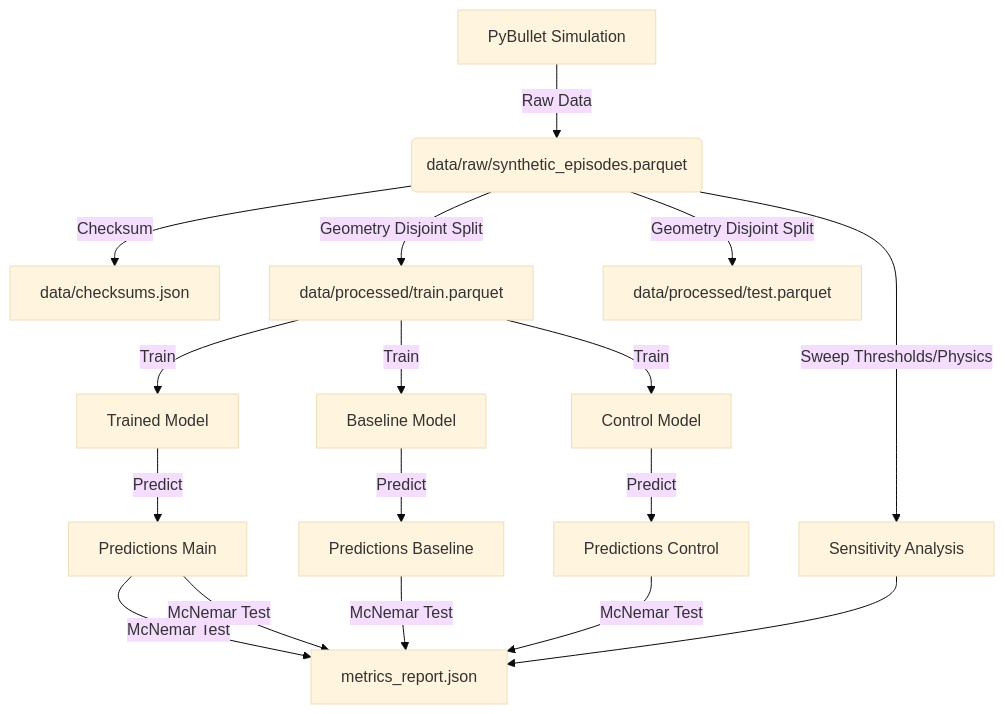
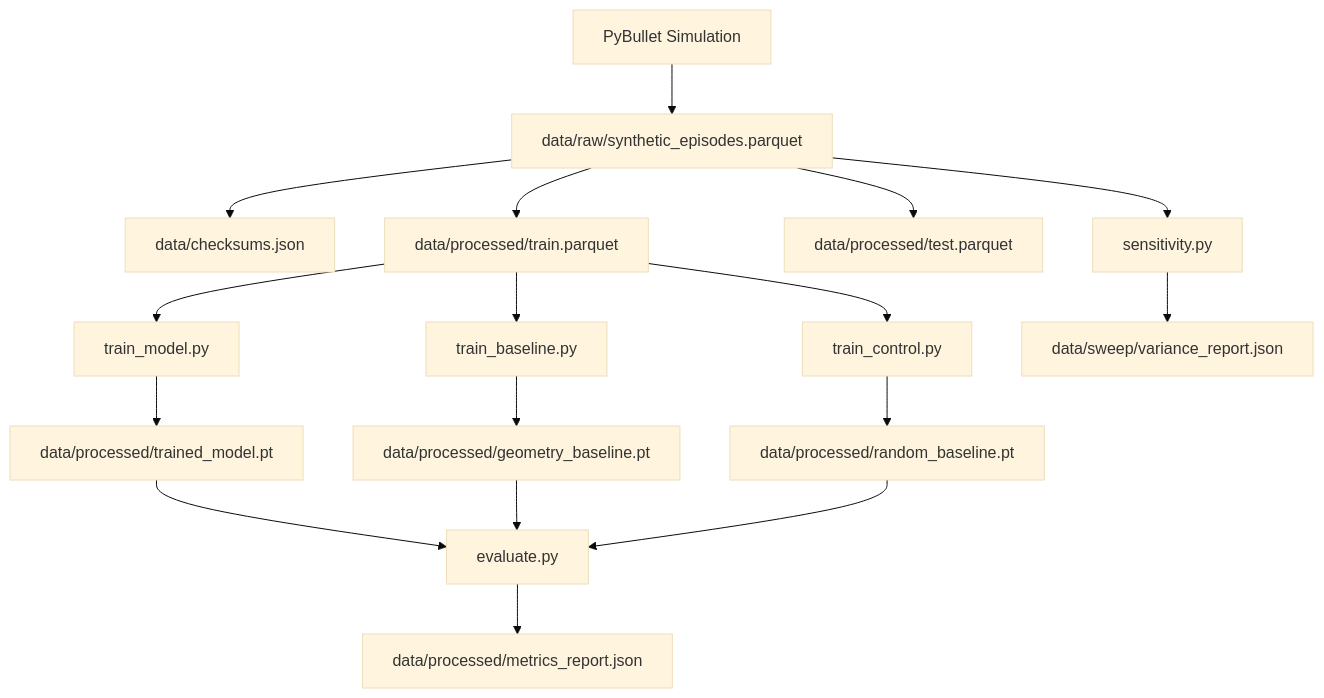
The diagram in projects/PROJ-855-llmxive-follow-up-extending-translation/specs/001-llmxive-follow-up-extending-translation/data-model.md (ContextLab/llmXive), drawn with Mermaid (base theme) before and after one commit. The commit also changed other lines of this file and 19 other files, not shown here.

````diff
--- a/projects/PROJ-855-llmxive-follow-up-extending-translation/specs/001-llmxive-follow-up-extending-translation/data-model.md
+++ b/projects/PROJ-855-llmxive-follow-up-extending-translation/specs/001-llmxive-follow-up-extending-translation/data-model.md
@@ -83,17 +54,12 @@
 ```mermaid
 graph TD
-    A[PyBullet Simulation] -->|Raw Data| B(data/raw/synthetic_episodes.parquet)
-    B -->|Checksum| C[data/checksums.json]
-    B -->|Geometry Disjoint Split| D[data/processed/train.parquet]
-    B -->|Geometry Disjoint Split| E[data/processed/test.parquet]
-    D -->|Train| F[Trained Model]
-    D -->|Train| G[Baseline Model]
-    D -->|Train| H[Control Model]
-    F -->|Predict| I[Predictions Main]
-    G -->|Predict| J[Predictions Baseline]
-    H -->|Predict| K[Predictions Control]
-    I & J -->|McNemar Test| L[metrics_report.json]
-    I & K -->|McNemar Test| L
-    B -->|Sweep Thresholds/Physics| M[Sensitivity Analysis]
-    M --> L
+    A[PyBullet Simulation] --> B[data/raw/synthetic_episodes.parquet]
+    B --> C[data/checksums.json]
+    B --> D[data/processed/train.parquet]
+    B --> E[data/processed/test.parquet]
+    D --> F[train_model.py] --> G[data/processed/trained_model.pt]
+    D --> H[train_baseline.py] --> I[data/processed/geometry_baseline.pt]
+    D --> J[train_control.py] --> K[data/processed/random_baseline.pt]
+    G & I & K --> L[evaluate.py] --> M[data/processed/metrics_report.json]
+    B --> N[sensitivity.py] --> O[data/sweep/variance_report.json]
 ```
````
